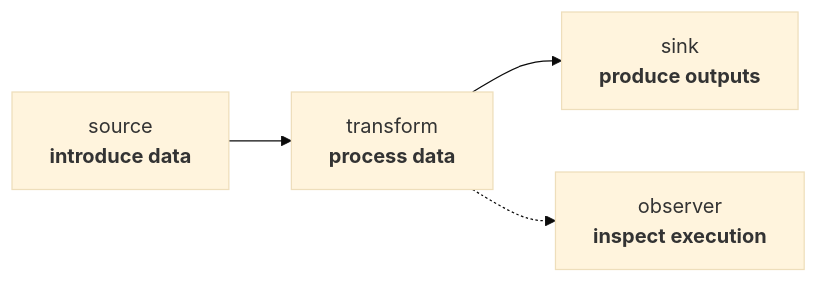
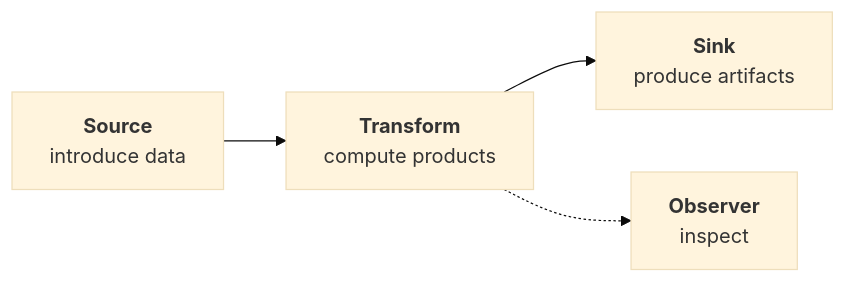
One commit to FAST-HEP/fast-hep.github.io changed the second of 3 diagrams in content/concepts/operations-and-specs.md. Above: the diagram before and after it, drawn with Mermaid (base theme). The commit also changed other lines of this file and 6 other files, not shown here.

````diff
--- a/content/concepts/operations-and-specs.md
+++ b/content/concepts/operations-and-specs.md
@@ -31,10 +38,10 @@
 ```mermaid
 flowchart LR
-    Source["source<br/><b>introduce data</b>"]
-    Transform["transform<br/><b>process data</b>"]
-    Observer["observer<br/><b>inspect execution</b>"]
-    Sink["sink<br/><b>produce outputs</b>"]
+    Source["<b>Source</b><br/>introduce data"]:::source
+    Transform["<b>Transform</b><br/>compute products"]:::transform
+    Observer["<b>Observer</b><br/>inspect"]:::observer
+    Sink["<b>Sink</b><br/>produce artifacts"]:::sink
 
     Source --> Transform --> Sink
     Transform -.-> Observer
 ```
````
